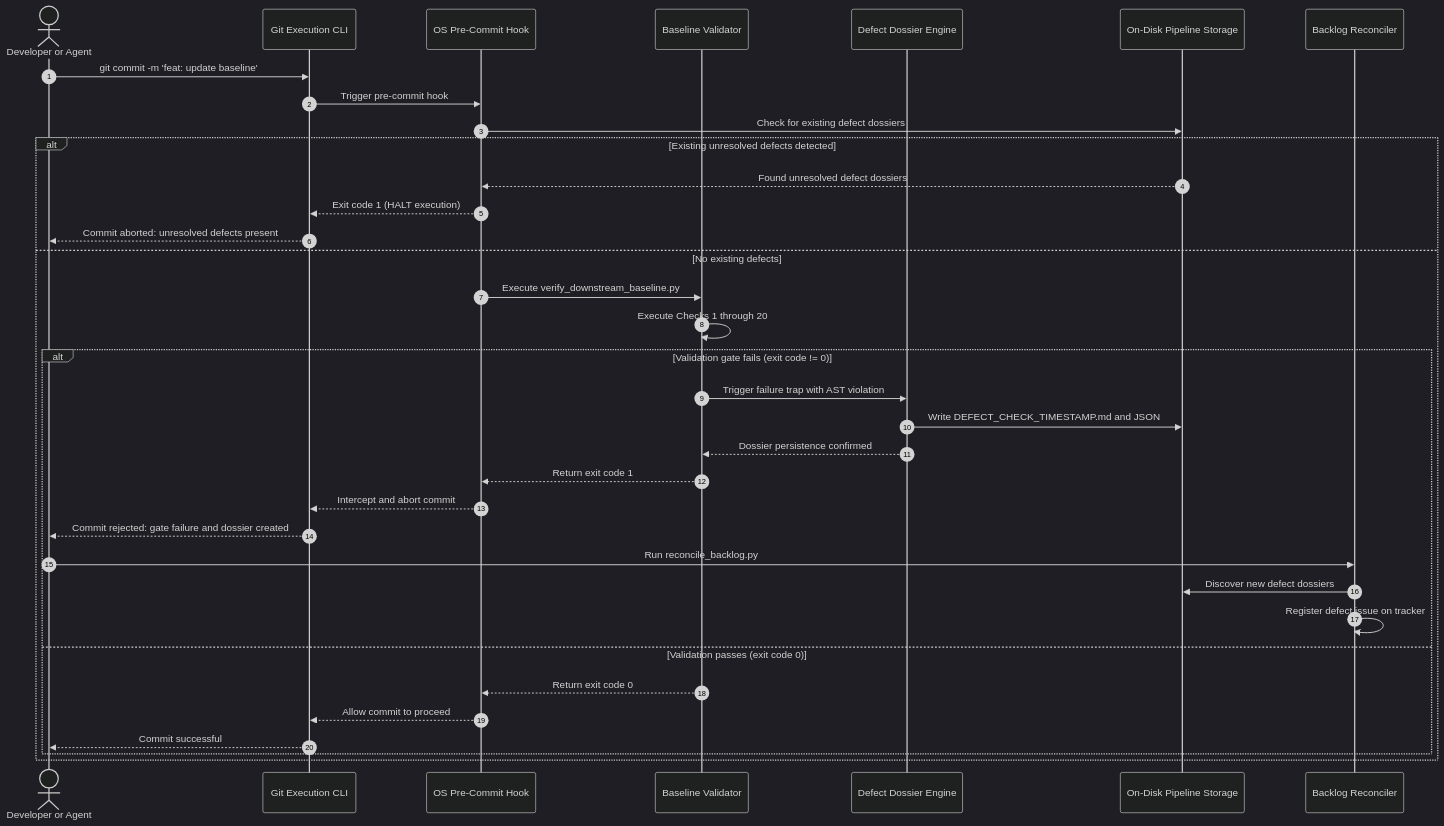
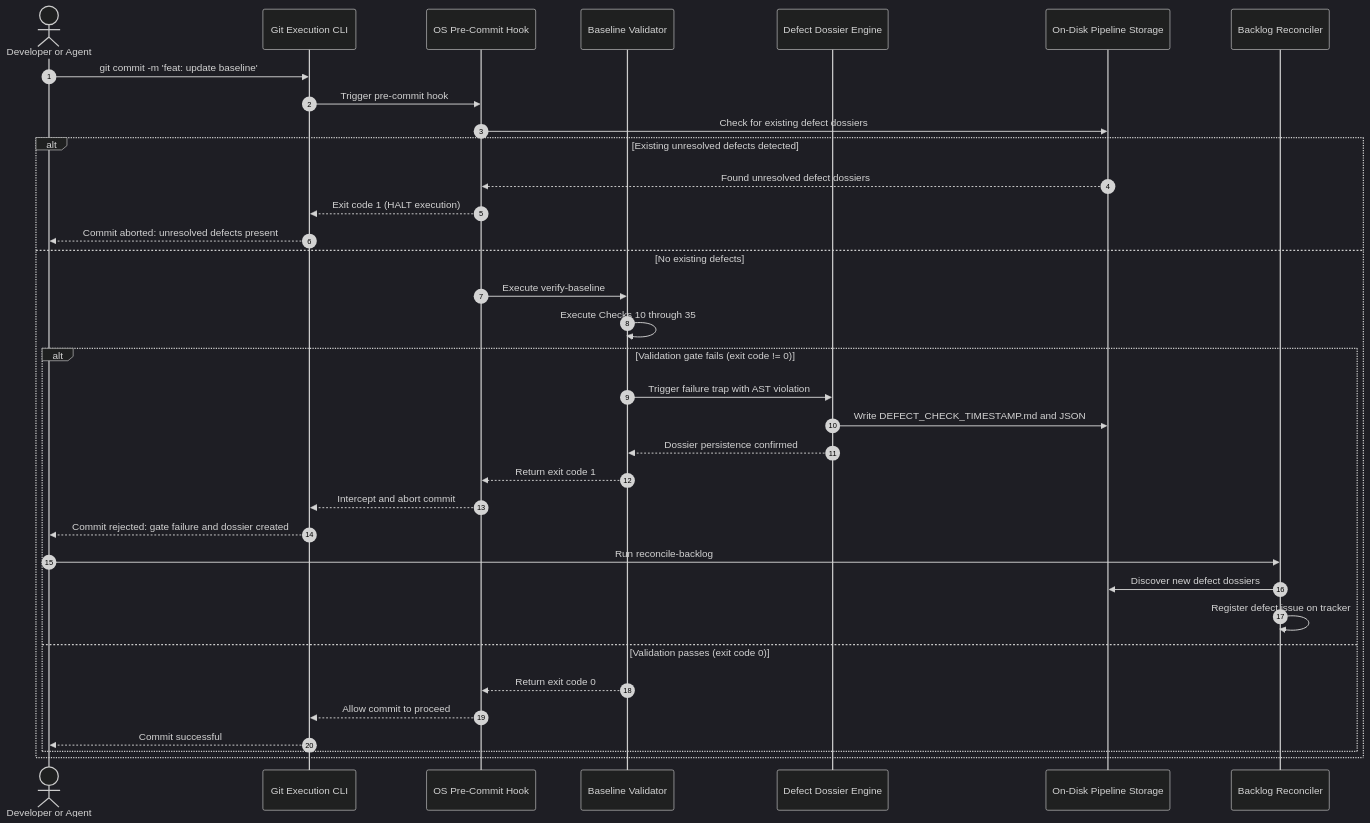
Before and after one commit to gintatkinson/DEAP01-spec-core: the second of 3 diagrams in docs/architecture/FAIL_SAFE_MECHANICAL_GATE_ENFORCEMENT_ARCHITECTURE.md, drawn with Mermaid (dark theme). The commit also changed other lines of this file and 14 other files, not shown here.

````diff
--- a/docs/architecture/FAIL_SAFE_MECHANICAL_GATE_ENFORCEMENT_ARCHITECTURE.md
+++ b/docs/architecture/FAIL_SAFE_MECHANICAL_GATE_ENFORCEMENT_ARCHITECTURE.md
@@ -276,38 +276,38 @@
 ```mermaid
 sequenceDiagram
     autonumber
     actor DeveloperAgent as Developer or Agent
     participant GitCLI as Git Execution CLI
     participant PreCommitHook as OS Pre-Commit Hook
     participant BaselineValidator as Baseline Validator
     participant DefectEngine as Defect Dossier Engine
     participant FileSystem as On-Disk Pipeline Storage
     participant BacklogReconciler as Backlog Reconciler
 
     DeveloperAgent->>GitCLI: git commit -m 'feat: update baseline'
     GitCLI->>PreCommitHook: Trigger pre-commit hook
     PreCommitHook->>FileSystem: Check for existing defect dossiers
     alt Existing unresolved defects detected
         FileSystem-->>PreCommitHook: Found unresolved defect dossiers
         PreCommitHook-->>GitCLI: Exit code 1 (HALT execution)
         GitCLI-->>DeveloperAgent: Commit aborted: unresolved defects present
     else No existing defects
-        PreCommitHook->>BaselineValidator: Execute verify_downstream_baseline.py
-        BaselineValidator->>BaselineValidator: Execute Checks 1 through 20
+        PreCommitHook->>BaselineValidator: Execute verify-baseline
+        BaselineValidator->>BaselineValidator: Execute Checks 10 through 35
         alt Validation gate fails (exit code != 0)
             BaselineValidator->>DefectEngine: Trigger failure trap with AST violation
             DefectEngine->>FileSystem: Write DEFECT_CHECK_TIMESTAMP.md and JSON
             DefectEngine-->>BaselineValidator: Dossier persistence confirmed
             BaselineValidator-->>PreCommitHook: Return exit code 1
             PreCommitHook-->>GitCLI: Intercept and abort commit
             GitCLI-->>DeveloperAgent: Commit rejected: gate failure and dossier created
-            DeveloperAgent->>BacklogReconciler: Run reconcile_backlog.py
+            DeveloperAgent->>BacklogReconciler: Run reconcile-backlog
             BacklogReconciler->>FileSystem: Discover new defect dossiers
             BacklogReconciler->>BacklogReconciler: Register defect issue on tracker
         else Validation passes (exit code 0)
             BaselineValidator-->>PreCommitHook: Return exit code 0
             PreCommitHook-->>GitCLI: Allow commit to proceed
             GitCLI-->>DeveloperAgent: Commit successful
         end
     end
 ```
````
